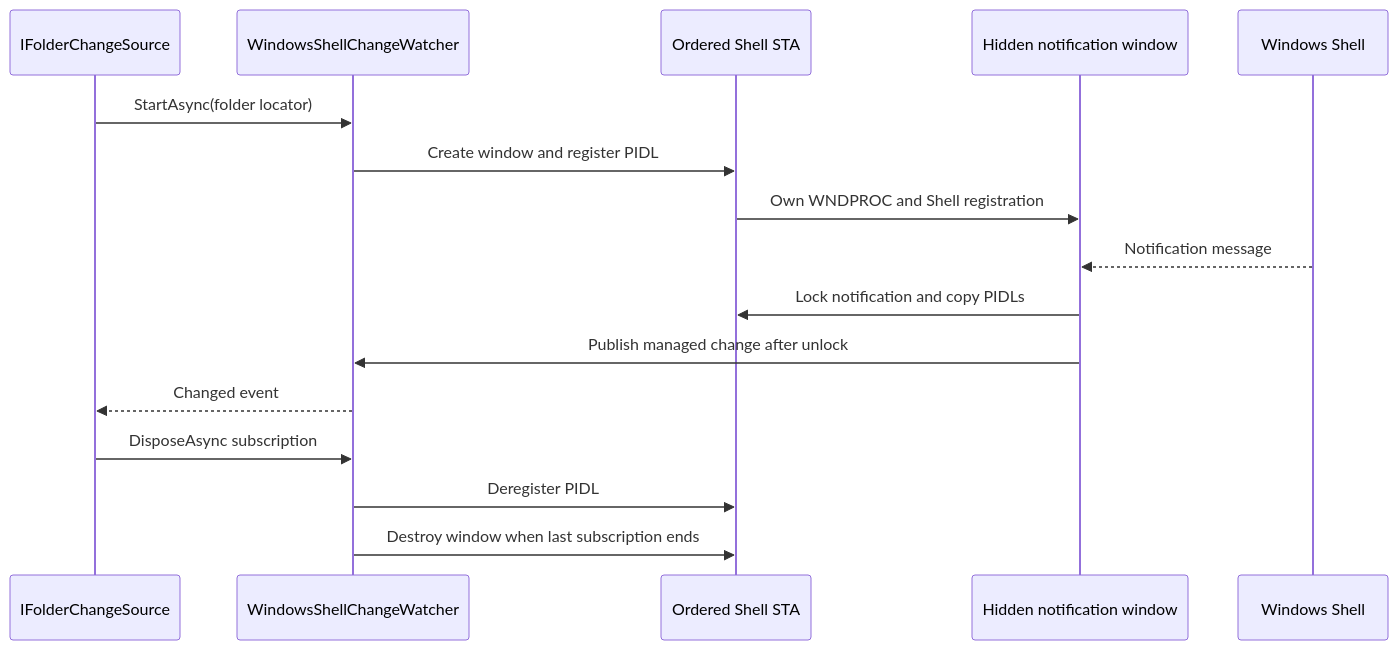
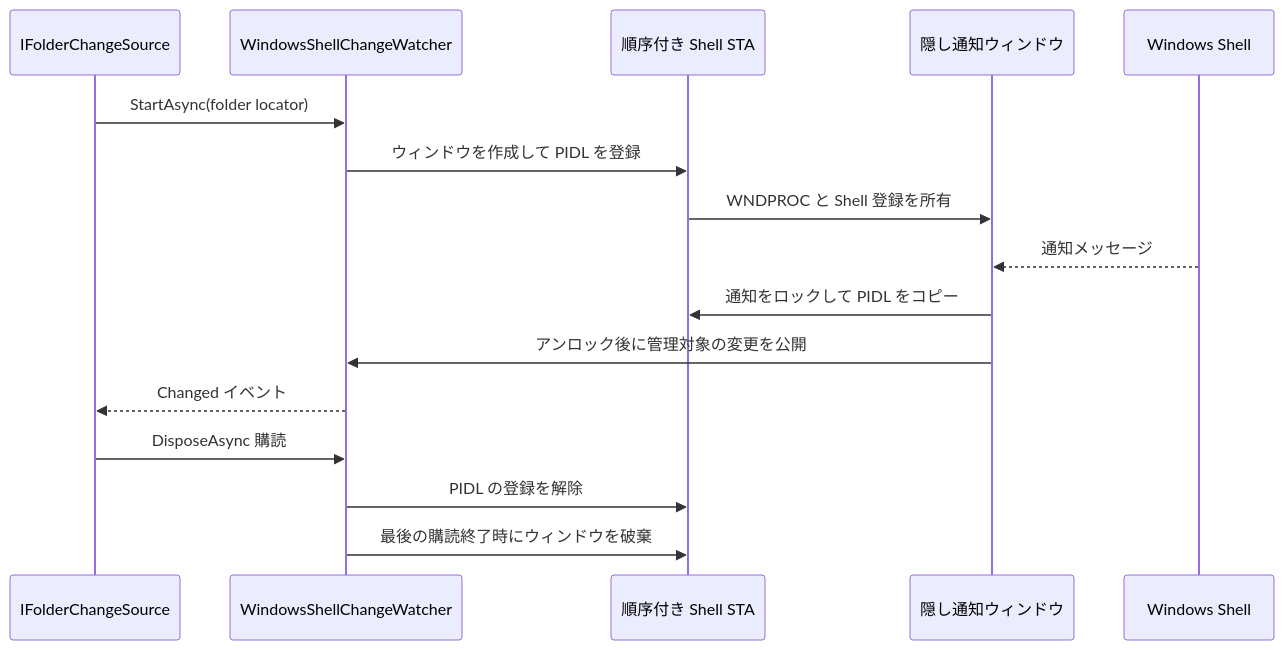
The fifth of 8 diagrams in docs/architecture/windows-storage.md (0x5bfa/Files), drawn with Mermaid before and after one commit. The commit also changed other lines of this file and 18 other files, not shown here.

Commit message:
Translate architecture docs to Japanese

````diff
--- a/docs/architecture/windows-storage.md
+++ b/docs/architecture/windows-storage.md
@@ -158,19 +160,19 @@
 ```mermaid
 sequenceDiagram
     participant Model as IFolderChangeSource
     participant Watcher as WindowsShellChangeWatcher
-    participant STA as Ordered Shell STA
-    participant Window as Hidden notification window
+    participant STA as 順序付き Shell STA
+    participant Window as 隠し通知ウィンドウ
     participant Shell as Windows Shell
 
     Model->>Watcher: StartAsync(folder locator)
-    Watcher->>STA: Create window and register PIDL
-    STA->>Window: Own WNDPROC and Shell registration
-    Shell-->>Window: Notification message
-    Window->>STA: Lock notification and copy PIDLs
-    Window->>Watcher: Publish managed change after unlock
-    Watcher-->>Model: Changed event
-    Model->>Watcher: DisposeAsync subscription
-    Watcher->>STA: Deregister PIDL
-    Watcher->>STA: Destroy window when last subscription ends
+    Watcher->>STA: ウィンドウを作成して PIDL を登録
+    STA->>Window: WNDPROC と Shell 登録を所有
+    Shell-->>Window: 通知メッセージ
+    Window->>STA: 通知をロックして PIDL をコピー
+    Window->>Watcher: アンロック後に管理対象の変更を公開
+    Watcher-->>Model: Changed イベント
+    Model->>Watcher: DisposeAsync 購読
+    Watcher->>STA: PIDL の登録を解除
+    Watcher->>STA: 最後の購読終了時にウィンドウを破棄
 ```
````
